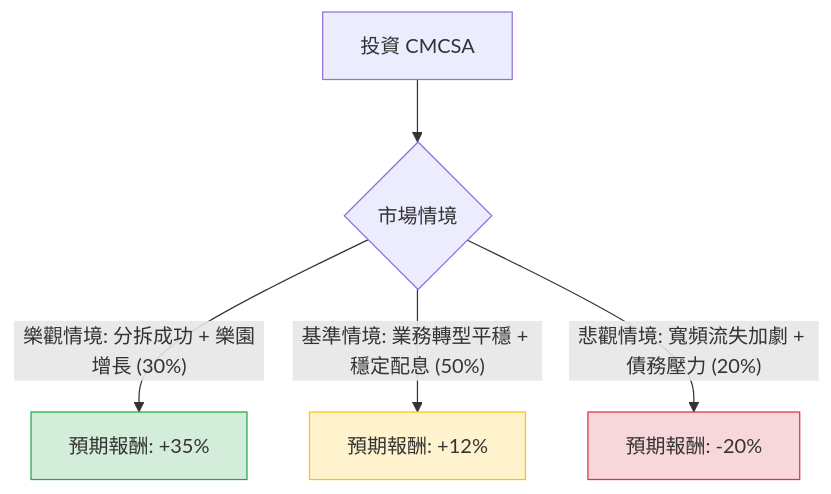
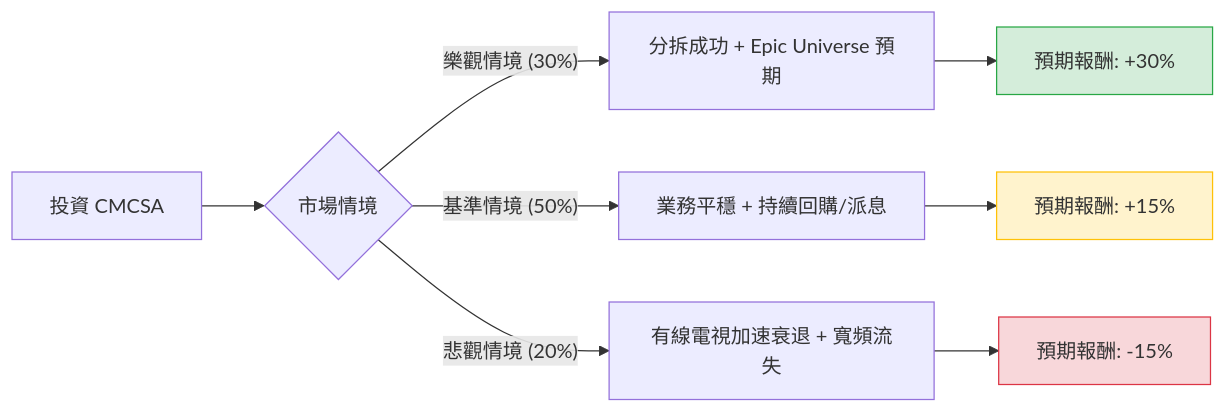
Before and after one commit to zmcx16/zmcx16.github.io: the diagram in plugin-react/ai-analysis/ev-analysis/CMCSA.md, drawn with Mermaid. The commit also changed other lines of this file and 75 other files, not shown here.

````diff
--- a/plugin-react/ai-analysis/ev-analysis/CMCSA.md
+++ b/plugin-react/ai-analysis/ev-analysis/CMCSA.md
@@ -20,12 +21,16 @@
 ```mermaid
-graph TD
+graph LR
     A[投資 CMCSA] --> B{市場情境}
     
-    B -- 樂觀情境: 分拆成功 + 樂園增長 (30%) --> C[預期報酬: +35%]
-    B -- 基準情境: 業務轉型平穩 + 穩定配息 (50%) --> D[預期報酬: +12%]
-    B -- 悲觀情境: 寬頻流失加劇 + 債務壓力 (20%) --> E[預期報酬: -20%]
+    B -- 樂觀情境 (30%) --> C[分拆成功 + Epic Universe 預期]
+    B -- 基準情境 (50%) --> D[業務平穩 + 持續回購/派息]
+    B -- 悲觀情境 (20%) --> E[有線電視加速衰退 + 寬頻流失]
 
-    style C fill:#d4edda,stroke:#28a745
-    style D fill:#fff3cd,stroke:#ffc107
-    style E fill:#f8d7da,stroke:#dc3545
+    C --> C1[預期報酬: +30%]
+    D --> D1[預期報酬: +15%]
+    E --> E1[預期報酬: -15%]
+
+    style C1 fill:#d4edda,stroke:#28a745
+    style D1 fill:#fff3cd,stroke:#ffc107
+    style E1 fill:#f8d7da,stroke:#dc3545
 ```
````
